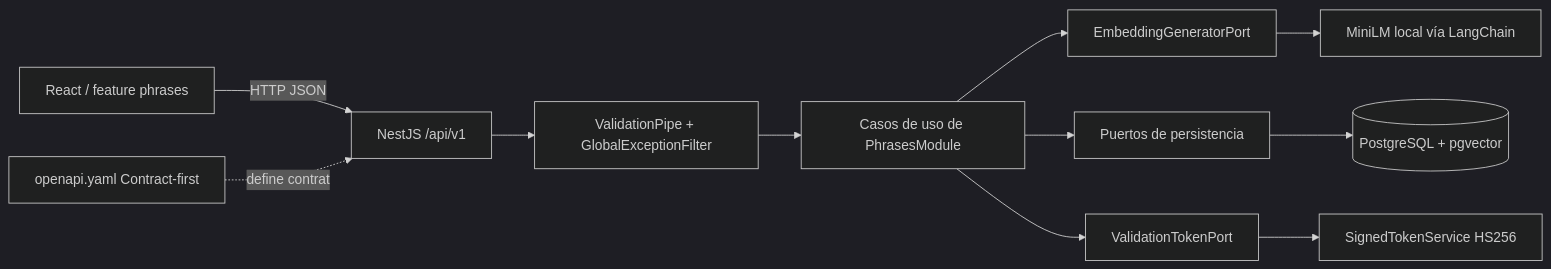
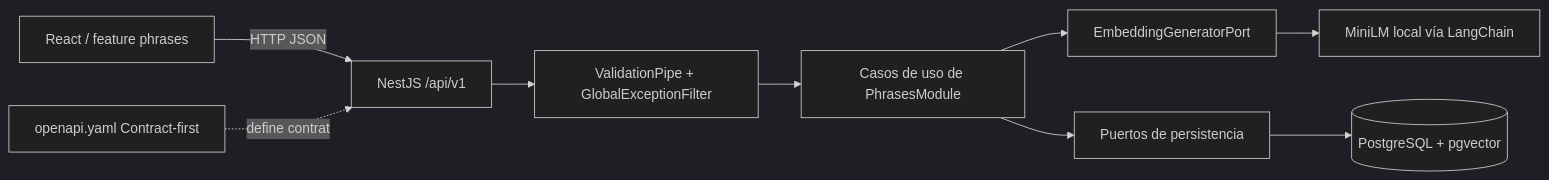
Before and after one commit to eduardoquispe/semantic-phrase-app: the second of 3 diagrams in docs/03-architecture/06-api-security.md, drawn with Mermaid (dark theme). The commit also changed other lines of this file and 7 other files, not shown here.

````diff
--- a/docs/03-architecture/06-api-security.md
+++ b/docs/03-architecture/06-api-security.md
@@ -281,13 +289,11 @@
 ```mermaid
 flowchart LR
     FE[React / feature phrases] -->|HTTP JSON| API[NestJS /api/v1]
     API --> GP[ValidationPipe + GlobalExceptionFilter]
     GP --> UC[Casos de uso de PhrasesModule]
     UC --> IA[EmbeddingGeneratorPort]
     UC --> REPO[Puertos de persistencia]
-    UC --> TOK[ValidationTokenPort]
     IA --> M[MiniLM local vía LangChain]
     REPO --> DB[(PostgreSQL + pgvector)]
-    TOK --> JWT[SignedTokenService HS256]
     SPEC[openapi.yaml Contract-first] -.define contrato.-> API
 ```
````
